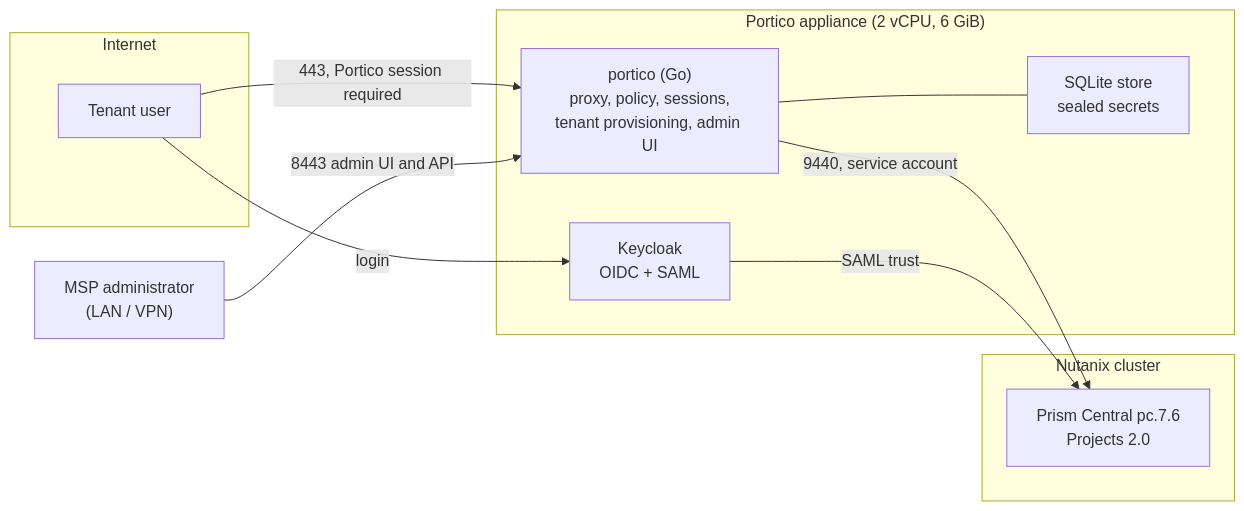
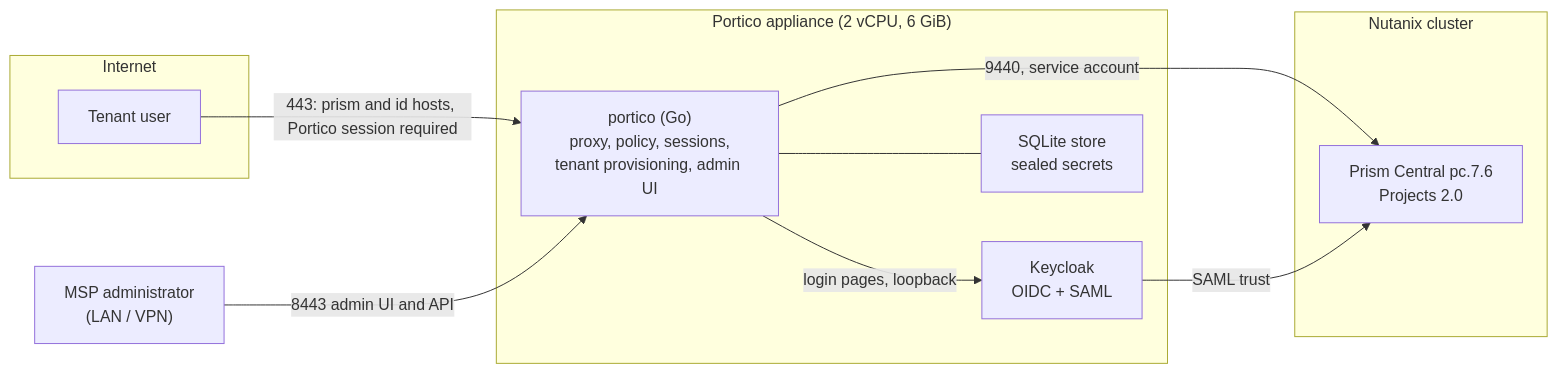
Before and after one commit to marco-fabbri/portico: the diagram in README.md, drawn with Mermaid.

Commit message:
README: one arrow from the tenant, Keycloak behind Portico in the diagram

````diff
--- a/README.md
+++ b/README.md
@@ -56,22 +56,22 @@
 ```mermaid
 flowchart LR
     subgraph Internet
         T["Tenant user"]
     end
     subgraph Appliance ["Portico appliance (2 vCPU, 6 GiB)"]
         P["portico (Go)<br/>proxy, policy, sessions,<br/>tenant provisioning, admin UI"]
         K["Keycloak<br/>OIDC + SAML"]
         DB["SQLite store<br/>sealed secrets"]
     end
     subgraph Nutanix ["Nutanix cluster"]
         PC["Prism Central pc.7.6<br/>Projects 2.0"]
     end
     A["MSP administrator<br/>(LAN / VPN)"]
 
-    T -->|"443, Portico session required"| P
-    T -->|"login"| K
+    T -->|"443: prism and id hosts, Portico session required"| P
+    P -->|"login pages, loopback"| K
     P -->|"9440, service account"| PC
     K -->|"SAML trust"| PC
     P --- DB
     A -->|"8443 admin UI and API"| P
 ```
````
